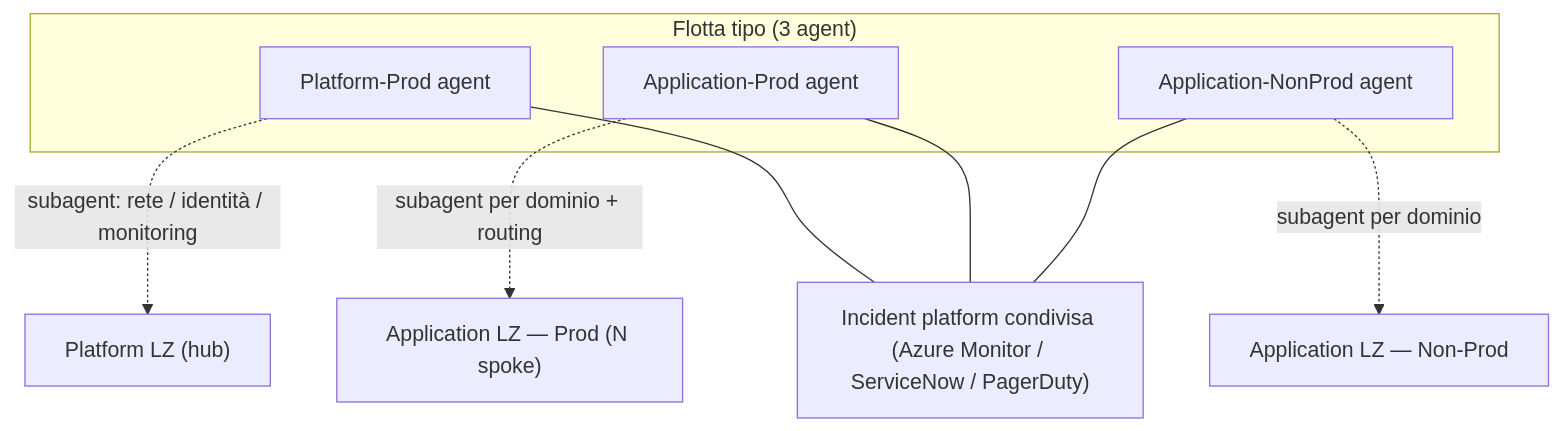
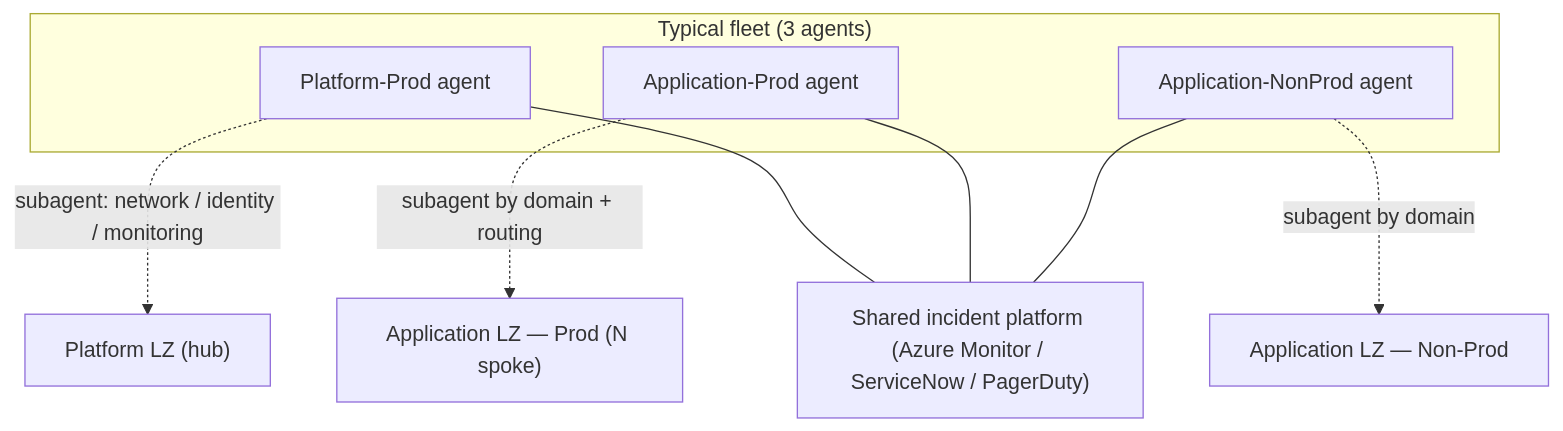
One commit to microsoft/frontier-sre-agent-rvas changed diagram 11 of 11 in Coach/Solutions/docs/azure-sre-agent/architectural-guide-lines/azure-sre-agent-fleet-architecture-guidelines.md. Above: the diagram before and after it, drawn with Mermaid. The commit also changed other lines of this file and 2 other files, not shown here.

````diff
--- a/Coach/Solutions/docs/azure-sre-agent/architectural-guide-lines/azure-sre-agent-fleet-architecture-guidelines.md
+++ b/Coach/Solutions/docs/azure-sre-agent/architectural-guide-lines/azure-sre-agent-fleet-architecture-guidelines.md
@@ -1063,15 +1063,15 @@
 ```mermaid
 flowchart TB
-  subgraph FLOTTA["Flotta tipo (3 agent)"]
+  subgraph FLOTTA["Typical fleet (3 agents)"]
     PA["Platform-Prod agent"]
     APA["Application-Prod agent"]
     ANA["Application-NonProd agent"]
   end
-  IPS["Incident platform condivisa (Azure Monitor / ServiceNow / PagerDuty)"]
+  IPS["Shared incident platform (Azure Monitor / ServiceNow / PagerDuty)"]
   PA --- IPS
   APA --- IPS
   ANA --- IPS
-  PA -.->|"subagent: rete / identità / monitoring"| HUB["Platform LZ (hub)"]
-  APA -.->|"subagent per dominio + routing"| APPP["Application LZ — Prod (N spoke)"]
-  ANA -.->|"subagent per dominio"| APPN["Application LZ — Non-Prod"]
+  PA -.->|"subagent: network / identity / monitoring"| HUB["Platform LZ (hub)"]
+  APA -.->|"subagent by domain + routing"| APPP["Application LZ — Prod (N spoke)"]
+  ANA -.->|"subagent by domain"| APPN["Application LZ — Non-Prod"]
 ```
````
